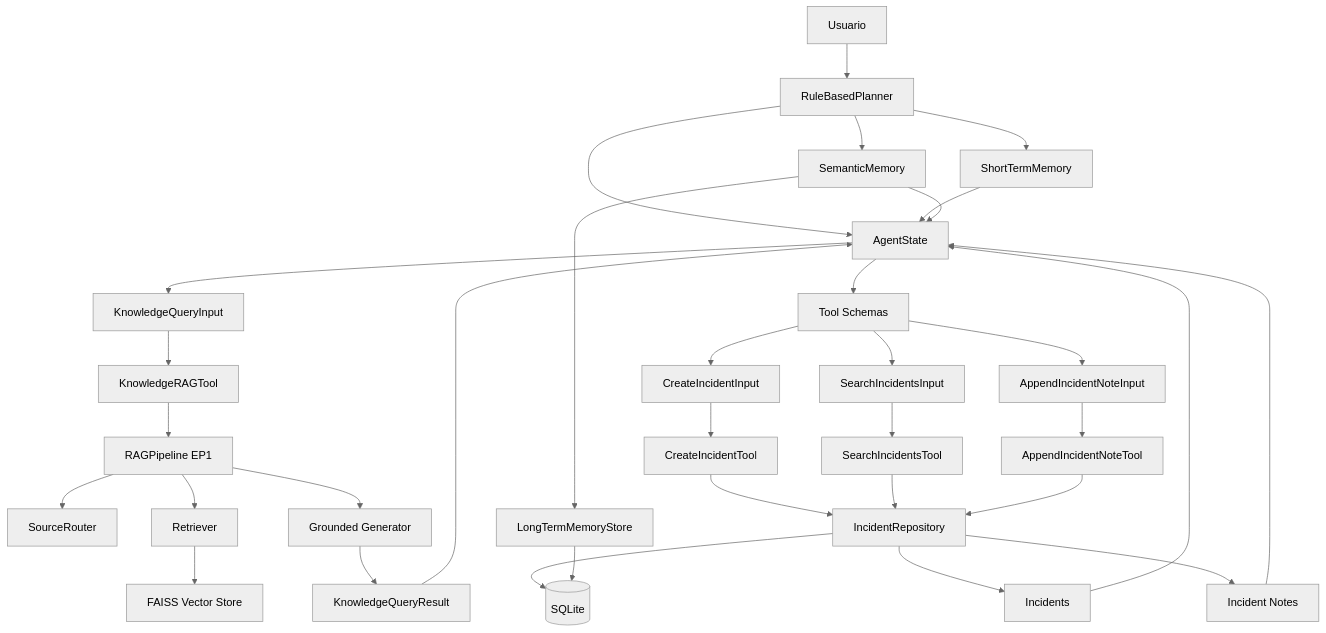
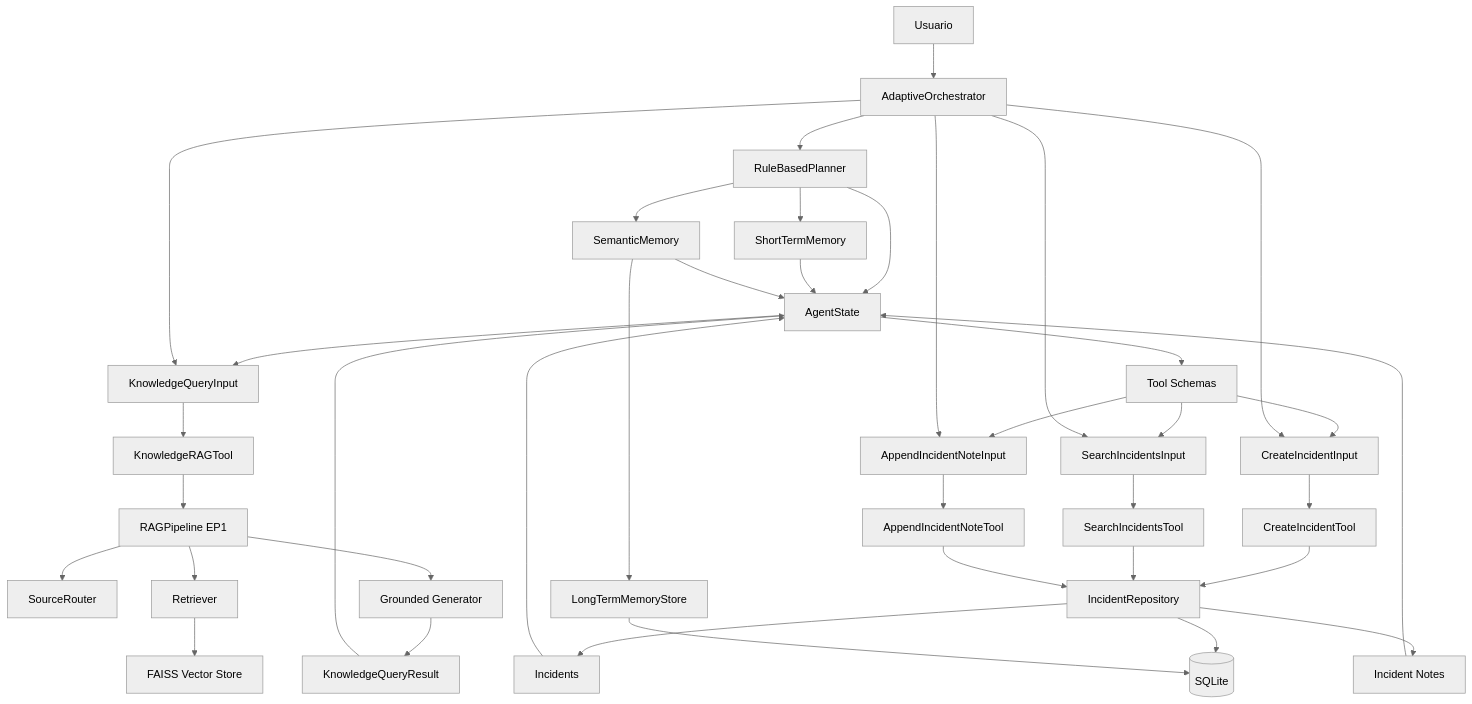
One commit to HikariLucy/KnowledgeFlow-Agent changed the first of 2 diagrams in README.md. Above: the diagram before and after it, drawn with Mermaid (neutral theme). The commit also changed other lines of this file, not shown here.

Commit message:
docs: document adaptive orchestration

```diff
--- a/README.md
+++ b/README.md
@@ -140,43 +140,48 @@
 ~~~mermaid
 flowchart TD
-    U[Usuario] --> P[RuleBasedPlanner]
+    U[Usuario] --> O[AdaptiveOrchestrator]
+    O --> P[RuleBasedPlanner]
     P --> AS[AgentState]
 
     AS --> KQT[KnowledgeQueryInput]
+    O --> KQT[KnowledgeQueryInput]
     KQT --> KRT[KnowledgeRAGTool]
 
     KRT --> RP[RAGPipeline EP1]
     RP --> SR[SourceRouter]
     RP --> RET[Retriever]
     RET --> VS[FAISS Vector Store]
     RP --> GEN[Grounded Generator]
     GEN --> KR[KnowledgeQueryResult]
 
     AS --> TS[Tool Schemas]
     TS --> CI[CreateIncidentInput]
     TS --> SI[SearchIncidentsInput]
     TS --> AN[AppendIncidentNoteInput]
 
+    O --> CI[CreateIncidentInput]
+    O --> SI[SearchIncidentsInput]
+    O --> AN[AppendIncidentNoteInput]
     CI --> CIT[CreateIncidentTool]
     SI --> SIT[SearchIncidentsTool]
     AN --> NIT[AppendIncidentNoteTool]
 
     DB[(SQLite)]
     CIT --> IR[IncidentRepository]
     SIT --> IR
     NIT --> IR
     IR --> DB
     IR --> INC[Incidents]
     IR --> NOTES[Incident Notes]
 
     KR --> AS
     INC --> AS
     NOTES --> AS
 
     P --> STM[ShortTermMemory]
     P --> SM[SemanticMemory]
     STM --> AS
     SM --> AS
     SM --> LTM[LongTermMemoryStore]
     LTM --> DB
 ~~~
```
